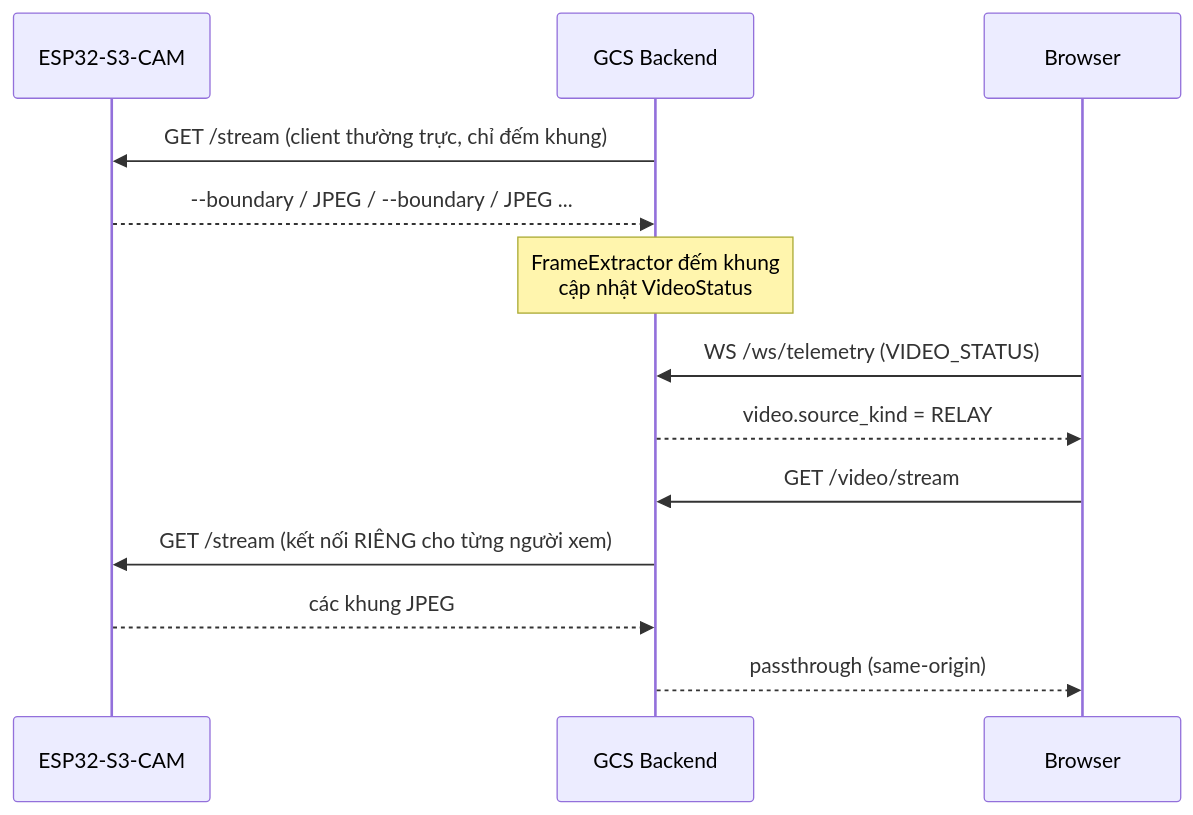
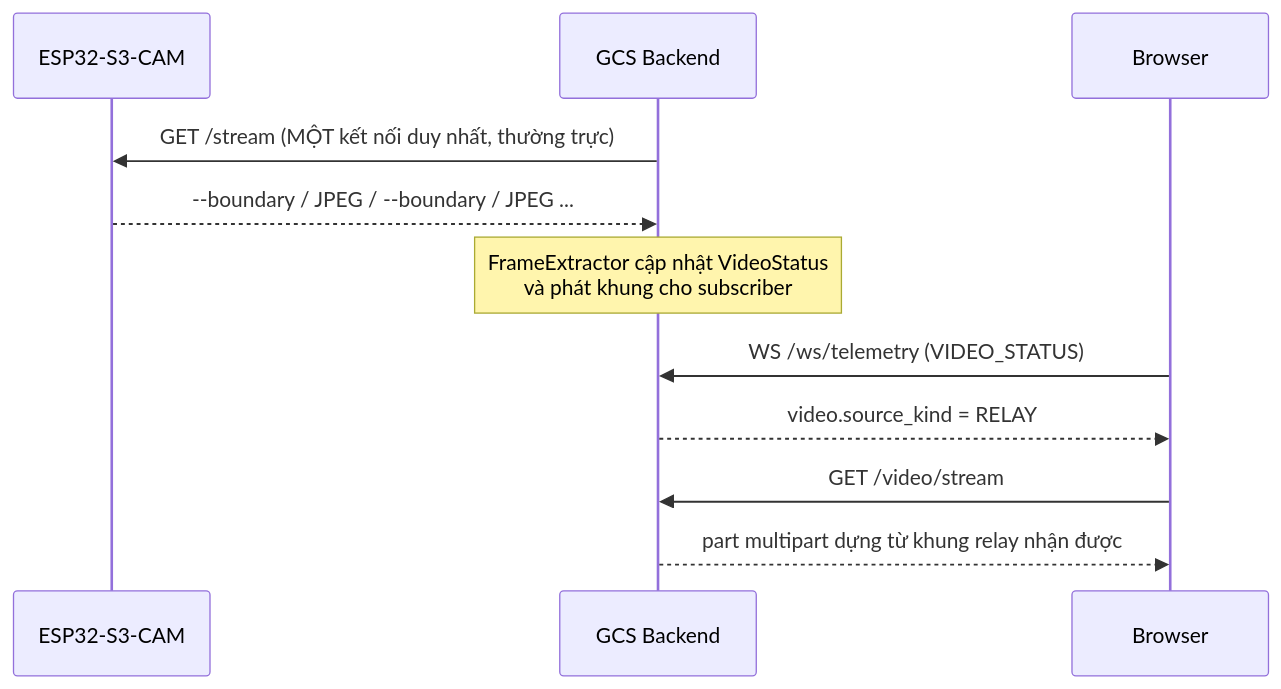
One commit to duyphong375/uav_payload changed the diagram in docs/interfaces/IF_ESP32_CAM_GCS.md. Above: the diagram before and after it, drawn with Mermaid. The commit also changed other lines of this file and 39 other files, not shown here.

````diff
--- a/docs/interfaces/IF_ESP32_CAM_GCS.md
+++ b/docs/interfaces/IF_ESP32_CAM_GCS.md
@@ -67,16 +67,14 @@
 ```mermaid
 sequenceDiagram
     participant CAM as ESP32-S3-CAM
     participant BE as GCS Backend
     participant BR as Browser
 
-    BE->>CAM: GET /stream  (client thường trực, chỉ đếm khung)
+    BE->>CAM: GET /stream  (MỘT kết nối duy nhất, thường trực)
     CAM-->>BE: --boundary / JPEG / --boundary / JPEG ...
-    Note over BE: FrameExtractor đếm khung<br/>cập nhật VideoStatus
+    Note over BE: FrameExtractor cập nhật VideoStatus<br/>và phát khung cho subscriber
     BR->>BE: WS /ws/telemetry  (VIDEO_STATUS)
     BE-->>BR: video.source_kind = RELAY
     BR->>BE: GET /video/stream
-    BE->>CAM: GET /stream  (kết nối RIÊNG cho từng người xem)
-    CAM-->>BE: các khung JPEG
-    BE-->>BR: passthrough (same-origin)
+    BE-->>BR: part multipart dựng từ khung relay nhận được
 ```
````
